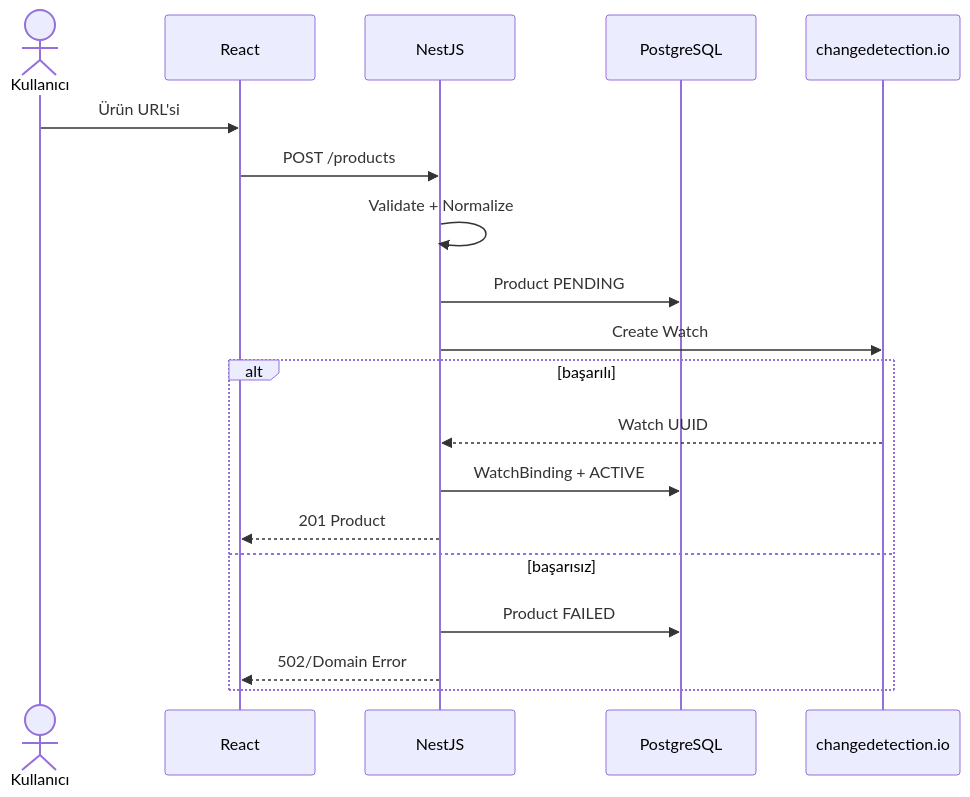
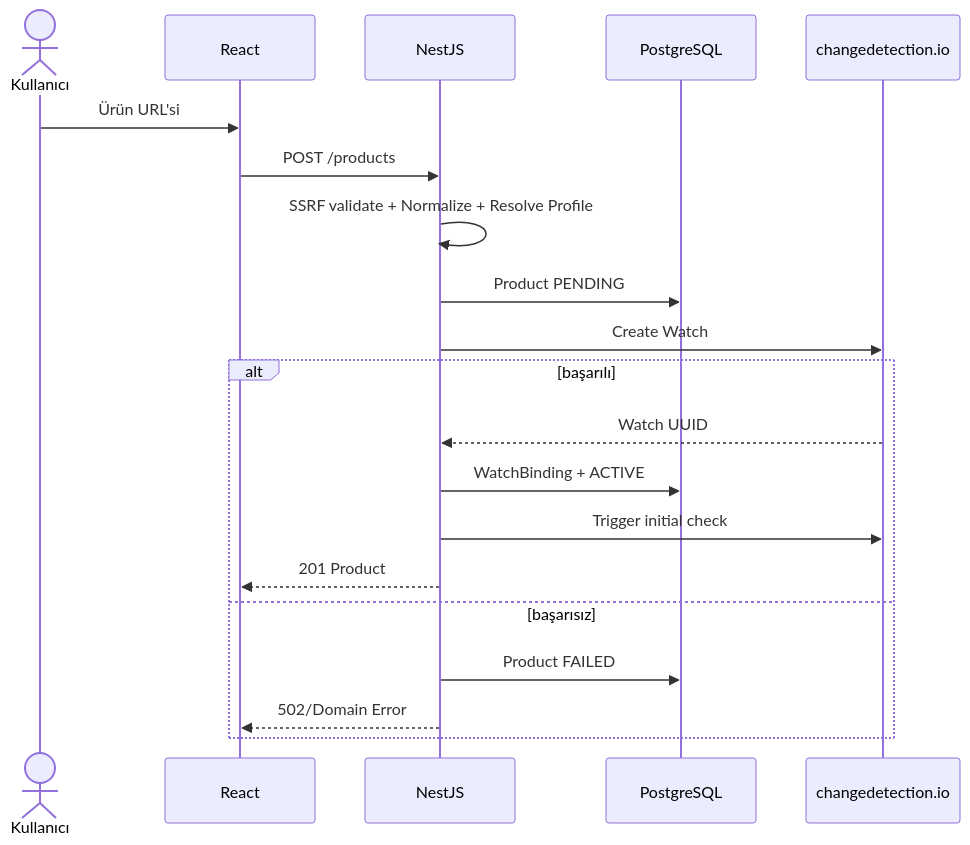
The third of 4 diagrams in docs/ARCHITECTURE.md (EfeAslangul/tracora), drawn with Mermaid before and after one commit. The commit also changed other lines of this file and 16 other files, not shown here.

Commit message:
docs: define extensible tracking architecture

````diff
--- a/docs/ARCHITECTURE.md
+++ b/docs/ARCHITECTURE.md
@@ -84,22 +130,23 @@
 ```mermaid
 sequenceDiagram
     actor U as Kullanıcı
     participant W as React
     participant A as NestJS
     participant D as PostgreSQL
     participant C as changedetection.io
 
     U->>W: Ürün URL'si
     W->>A: POST /products
-    A->>A: Validate + Normalize
+    A->>A: SSRF validate + Normalize + Resolve Profile
     A->>D: Product PENDING
     A->>C: Create Watch
     alt başarılı
         C-->>A: Watch UUID
         A->>D: WatchBinding + ACTIVE
+        A->>C: Trigger initial check
         A-->>W: 201 Product
     else başarısız
         A->>D: Product FAILED
         A-->>W: 502/Domain Error
     end
 ```
````
